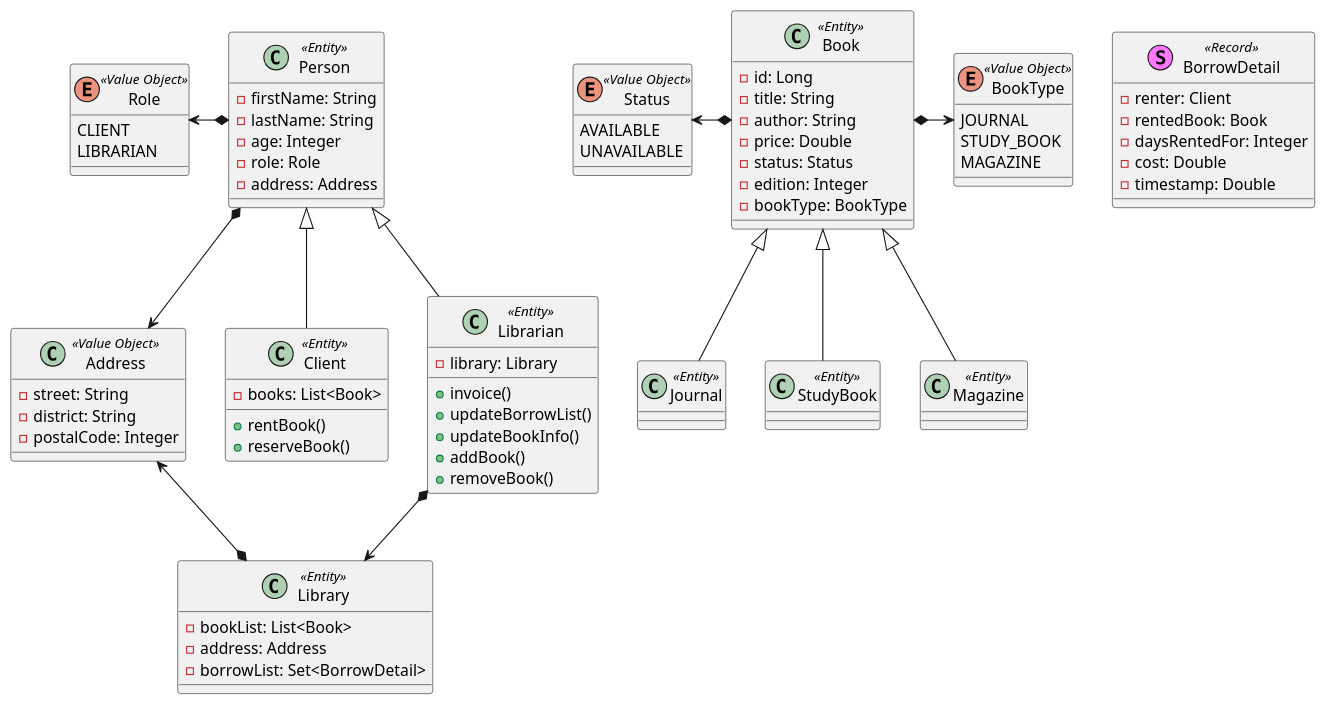
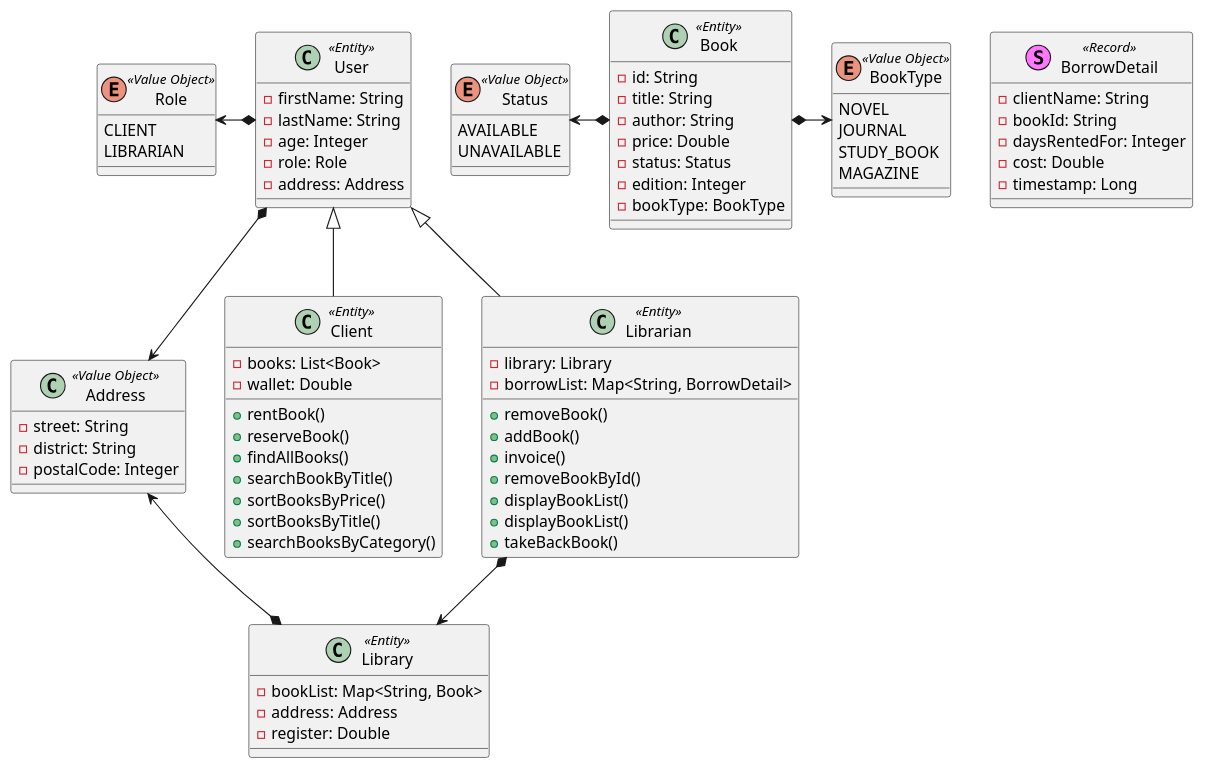
Before and after one commit to replakcan/Java-s15-Challenge: the diagram in src/cass-diagram.puml, drawn with PlantUML. The commit also changed 35 other files, not shown here.

```diff
--- a/src/cass-diagram.puml
+++ b/src/cass-diagram.puml
@@ -1,98 +1,95 @@
 @startuml
 'https://plantuml.com/class-diagram
 
 class Book <<Entity>> {
--id: Long
+-id: String
 -title: String
 -author: String
 -price: Double
 -status: Status
 -edition: Integer
 -bookType: BookType
 }
 
-class Person <<Entity>> {
+class User <<Entity>> {
 -firstName: String
 -lastName: String
 -age: Integer
 -role: Role
 -address: Address
 }
 
 class Client <<Entity>> {
 -books: List<Book>
+-wallet: Double
 
 +rentBook()
 +reserveBook()
++findAllBooks()
++searchBookByTitle()
++sortBooksByPrice()
++sortBooksByTitle()
++searchBooksByCategory()
 }
 
 class Librarian <<Entity>> {
 -library: Library
+-borrowList: Map<String, BorrowDetail>
 
++removeBook()
++addBook()
 +invoice()
-+updateBorrowList()
-+updateBookInfo()
-+addBook()
-+removeBook()
++removeBookById()
++displayBookList()
++displayBookList()
++takeBackBook()
 }
 
 class Library <<Entity>> {
--bookList: List<Book>
+-bookList: Map<String, Book>
 -address: Address
--borrowList: Set<BorrowDetail>
+-register: Double
 }
 
 class Address <<Value Object>> {
 -street: String
 -district: String
 -postalCode: Integer
-}
-
-class Journal <<Entity>> {
-}
-
-class StudyBook <<Entity>> {
-}
-
-class Magazine <<Entity>> {
 }
 
 enum Status <<Value Object>> {
 AVAILABLE
 UNAVAILABLE
 }
 
 enum Role <<Value Object>> {
 CLIENT
 LIBRARIAN
 }
 
 enum BookType <<Value Object>> {
+NOVEL
 JOURNAL
 STUDY_BOOK
 MAGAZINE
 }
 
 stereotype BorrowDetail <<Record>> {
--renter: Client
--rentedBook: Book
+-clientName: String
+-bookId: String
 -daysRentedFor: Integer
 -cost: Double
--timestamp: Double
+-timestamp: Long
 }
 
 Book *--left> Status
-Person *--left> Role
-Person *--> Address
+User *--left> Role
+User *--> Address
 Librarian *--> Library
 Library *--up> Address
 Book *--right> BookType
 
-Journal --up|> Book
-StudyBook --up|> Book
-Magazine --up|> Book
-
-Client --up|> Person
-Librarian --up|> Person
+Client --up|> User
+Librarian --up|> User
 
 @enduml
```
